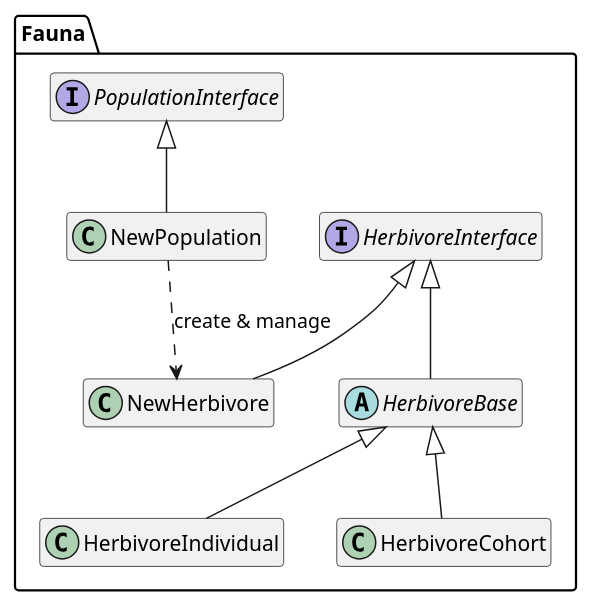
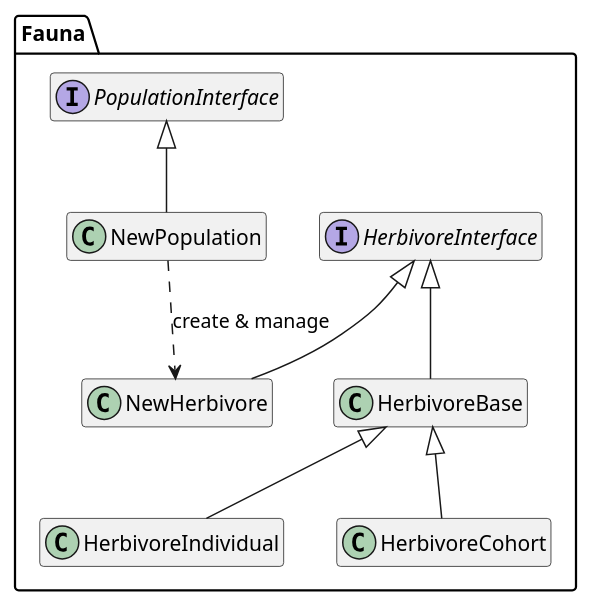
One commit to wtraylor/modular_megafauna_model changed the first of 3 diagrams in doxygen/herbiv_tutor.md. Above: the diagram before and after it, drawn with PlantUML. The commit also changed other lines of this file and 45 other files, not shown here.

```diff
--- a/doxygen/herbiv_tutor.md
+++ b/doxygen/herbiv_tutor.md
@@ -17,15 +44,15 @@
 @startuml "Relationships for a new herbivore type"
 namespace Fauna{
 	hide members
 	hide methods
 	interface HerbivoreInterface
-	abstract HerbivoreBase
+	class HerbivoreBase
 	HerbivoreInterface  <|-- HerbivoreBase
 	HerbivoreBase       <|-- HerbivoreIndividual
 	HerbivoreBase       <|-- HerbivoreCohort
 	HerbivoreInterface  <|-- NewHerbivore
 	interface PopulationInterface
 	PopulationInterface <|-- NewPopulation
 	NewPopulation        ..> NewHerbivore : create & manage
 }
 @enduml
```
